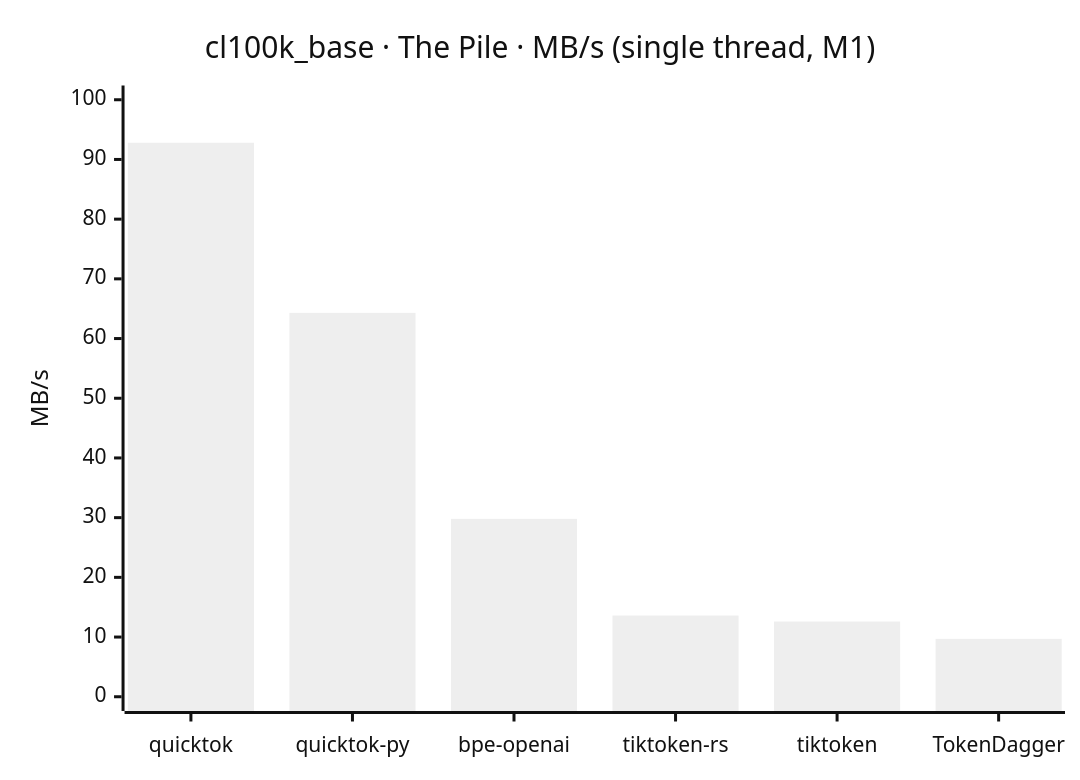
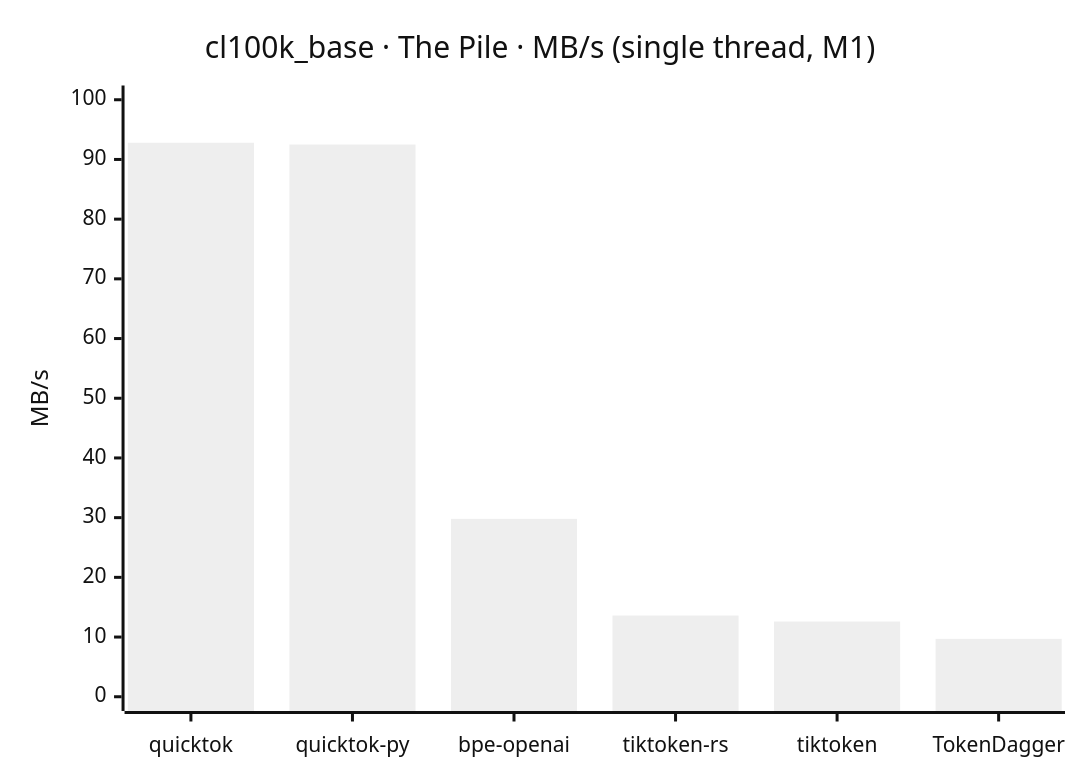
Before and after one commit to dmatth1/quicktok: the diagram in README.md, drawn with Mermaid (neutral theme). The commit also changed other lines of this file, not shown here.

Commit message:
docs: README Python row uses encode_to_numpy() fast path (~92 MB/s)

````diff
--- a/README.md
+++ b/README.md
@@ -26,7 +26,7 @@
 ```mermaid
 xychart-beta
     title "cl100k_base · The Pile · MB/s (single thread, M1)"
     x-axis ["quicktok", "quicktok-py", "bpe-openai", "tiktoken-rs", "tiktoken", "TokenDagger"]
     y-axis "MB/s" 0 --> 100
-    bar [92.8, 64.3, 29.8, 13.6, 12.6, 9.7]
+    bar [92.8, 92.5, 29.8, 13.6, 12.6, 9.7]
 ```
````
